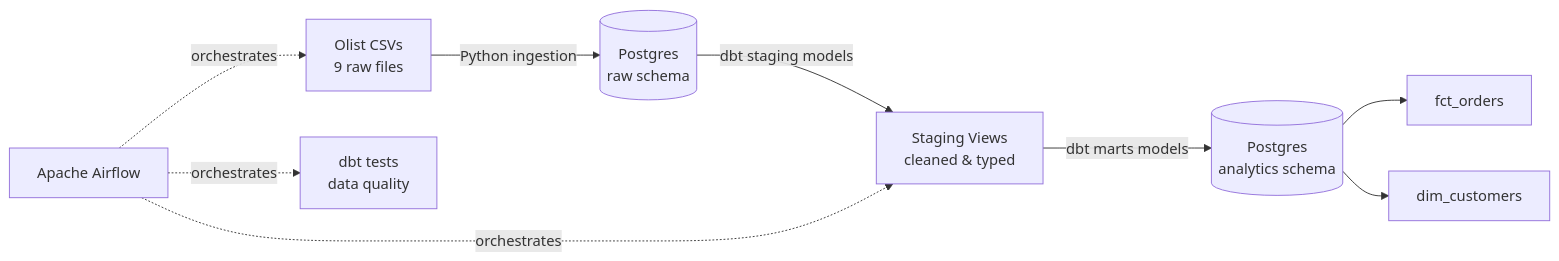
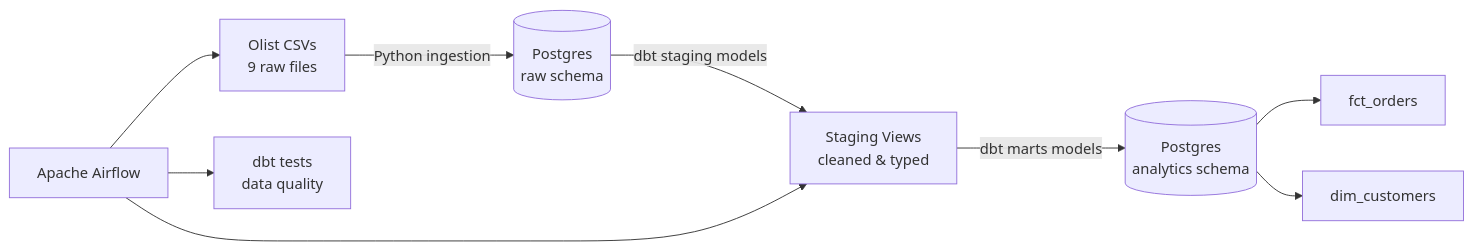
Before and after one commit to shreya-t-data/ecommerce-analytics-pipeline: the diagram in README.md, drawn with Mermaid.

Commit message:
Fix Mermaid diagram syntax for Github rendering

````diff
--- a/README.md
+++ b/README.md
@@ -7,11 +7,11 @@
 ```mermaid
 flowchart LR
     A[Olist CSVs<br/>9 raw files] -->|Python ingestion| B[(Postgres<br/>raw schema)]
     B -->|dbt staging models| C[Staging Views<br/>cleaned & typed]
     C -->|dbt marts models| D[(Postgres<br/>analytics schema)]
     D --> E[fct_orders]
     D --> F[dim_customers]
-    G[Apache Airflow] -.orchestrates.-> A
-    G -.orchestrates.-> C
-    G -.orchestrates.-> H[dbt tests<br/>data quality]
+    G[Apache Airflow] --> A
+    G --> C
+    G --> H[dbt tests<br/>data quality]
 ```
````
